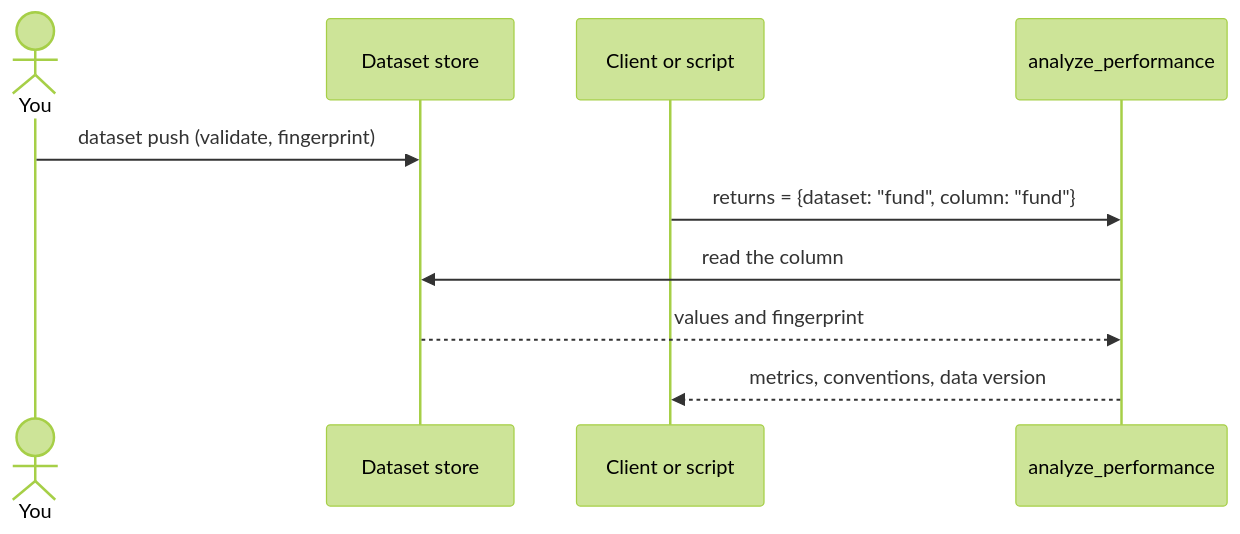
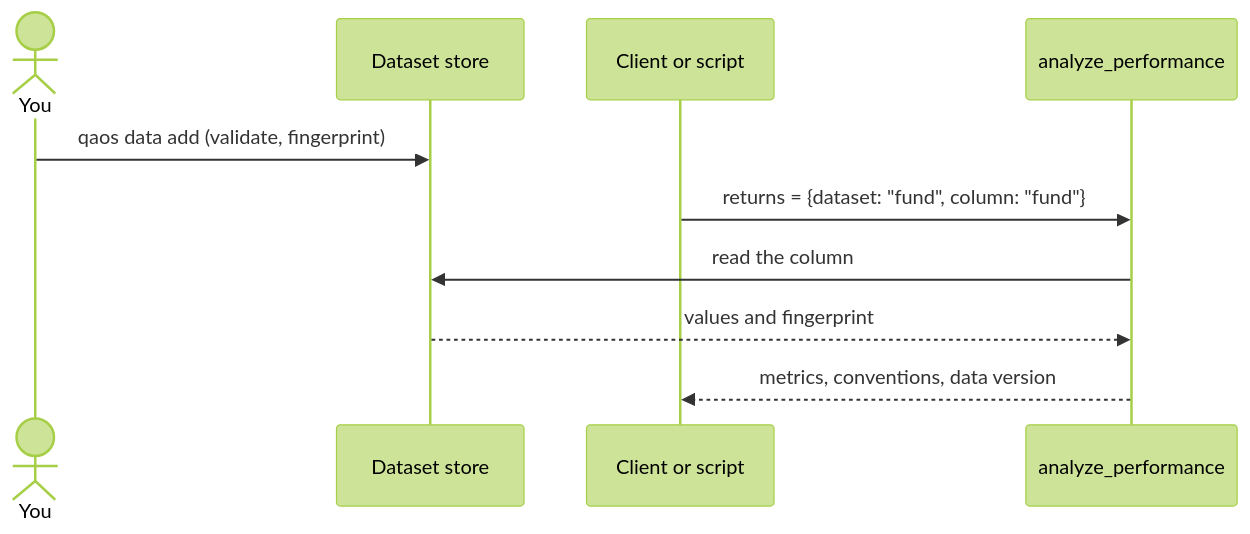
Before and after one commit to yuxuzi/quant-agent-os: the fourth of 12 diagrams in docs/tutorial.md, drawn with Mermaid (forest theme). The commit also changed other lines of this file and 5 other files, not shown here.

````diff
--- a/docs/tutorial.md
+++ b/docs/tutorial.md
@@ -190,12 +197,12 @@
 ```mermaid
 sequenceDiagram
     actor You
     participant Store as Dataset store
     participant Client as Client or script
     participant Tool as analyze_performance
-    You->>Store: dataset push (validate, fingerprint)
+    You->>Store: qaos data add (validate, fingerprint)
     Client->>Tool: returns = {dataset: "fund", column: "fund"}
     Tool->>Store: read the column
     Store-->>Tool: values and fingerprint
     Tool-->>Client: metrics, conventions, data version
 ```
````
